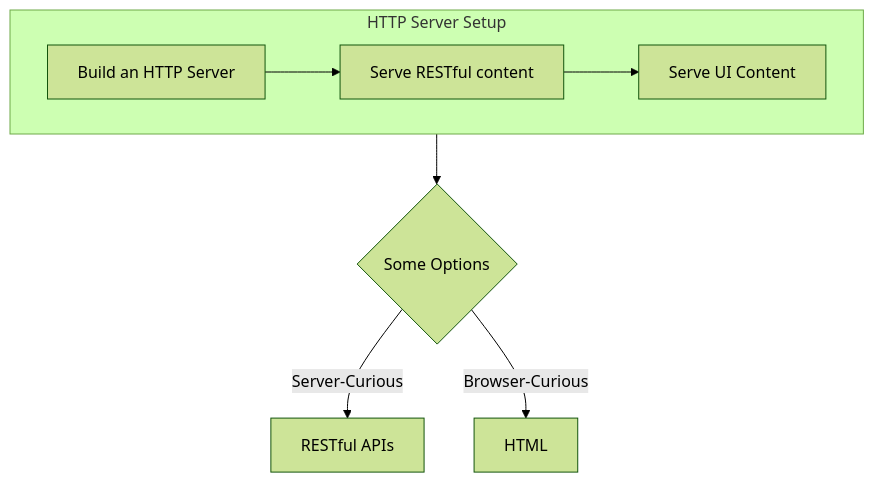
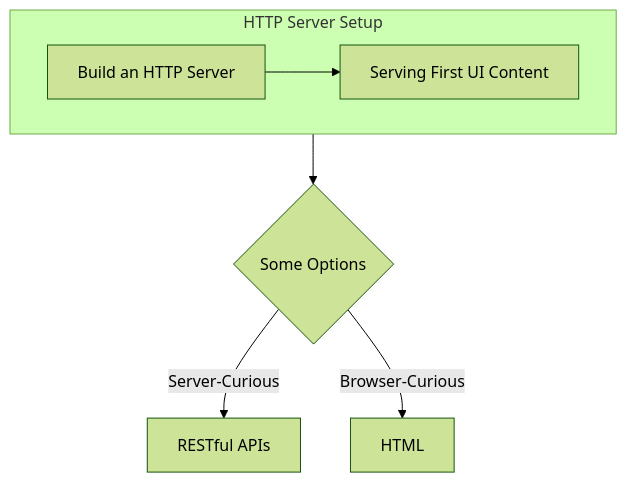
One commit to imagineLife/big-site changed the diagram in content/a-web-first-path.md. Above: the diagram before and after it, drawn with Mermaid (forest theme).

````diff
--- a/content/a-web-first-path.md
+++ b/content/a-web-first-path.md
@@ -51,14 +51,13 @@
 ```mermaid
   flowchart TB
     subgraph SG1[HTTP Server Setup]
       direction LR
-      A[Build an HTTP Server] --> B[Serve RESTful content];
-      B --> C[Serve UI Content];
+      A[Build an HTTP Server] --> B[Serving First UI Content];
     end;
 
     SG1 --> D{Some Options};
 
     D --> |Server-Curious| E[RESTful APIs];
     D --> |Browser-Curious| F[HTML];
 
 ```
````
